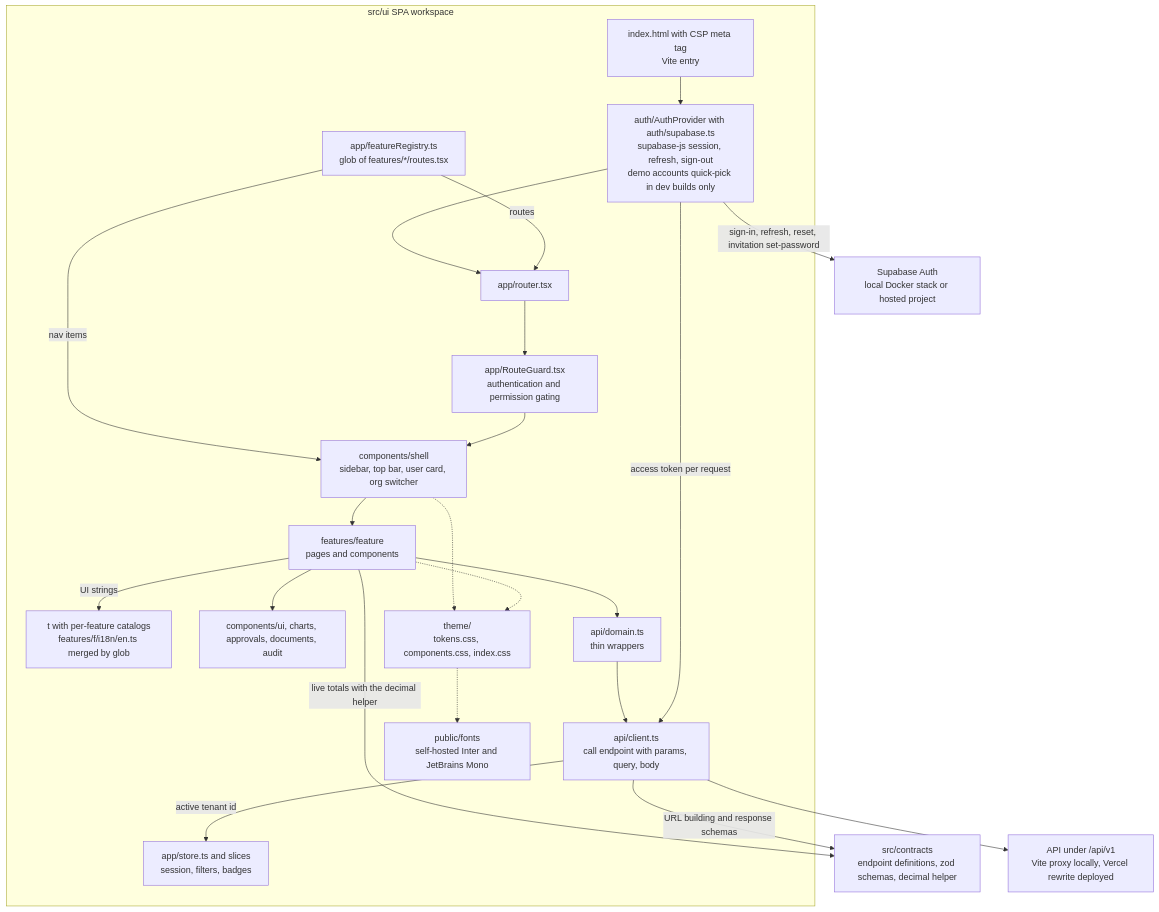
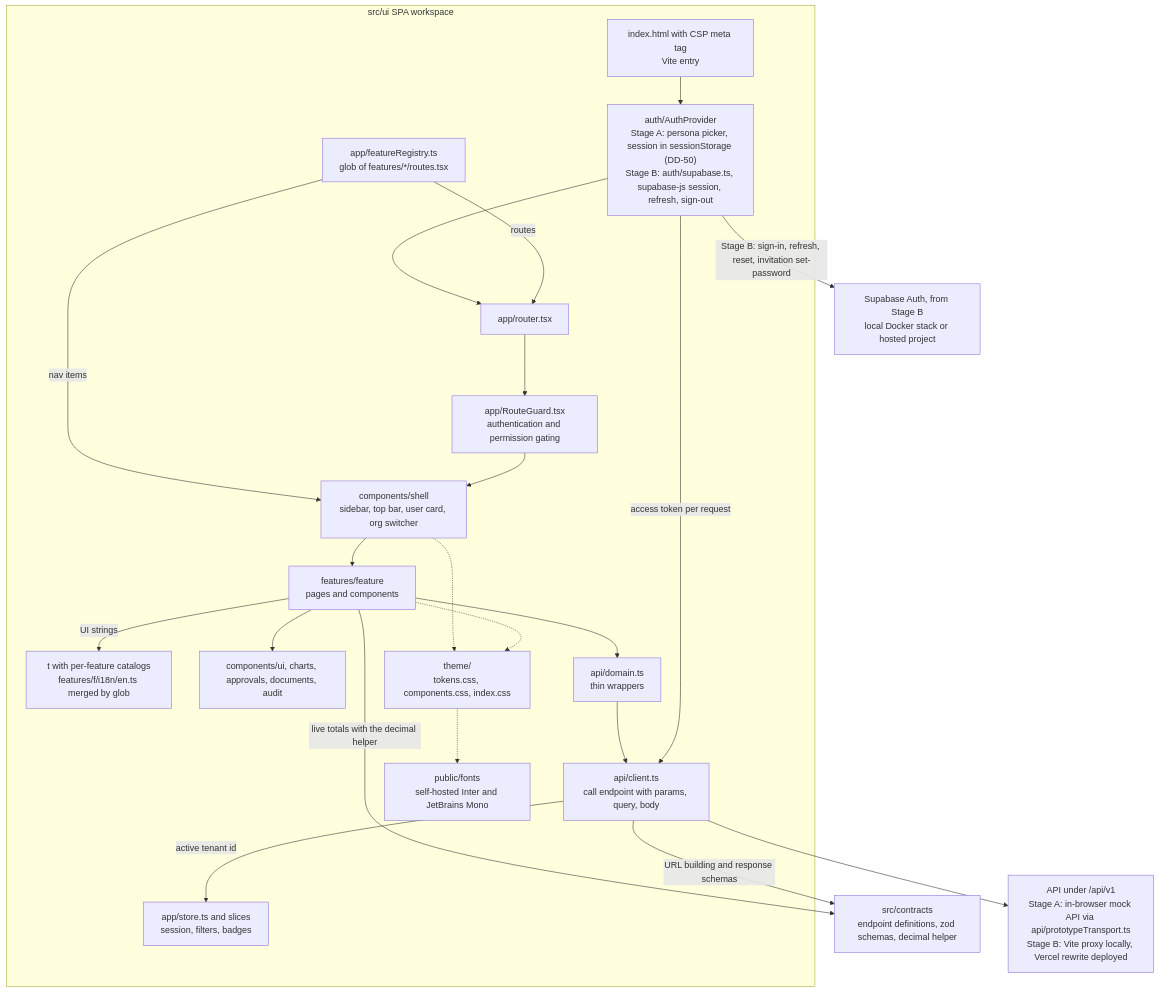
One commit to wemaketools/tenderiq changed the fifth of 8 diagrams in docs/technical/02-architecture.md. Above: the diagram before and after it, drawn with Mermaid. The commit also changed other lines of this file and 157 other files, not shown here.

````diff
--- a/docs/technical/02-architecture.md
+++ b/docs/technical/02-architecture.md
@@ -410,43 +410,43 @@
 ```mermaid
 flowchart TB
     subgraph spa["src/ui SPA workspace"]
         ENTRY["index.html with CSP meta tag<br/>Vite entry"]
-        AUTHP["auth/AuthProvider with auth/supabase.ts<br/>supabase-js session, refresh, sign-out<br/>demo accounts quick-pick in dev builds only"]
+        AUTHP["auth/AuthProvider<br/>Stage A: persona picker, session in sessionStorage (DD-50)<br/>Stage B: auth/supabase.ts, supabase-js session, refresh, sign-out"]
         ROUTER["app/router.tsx"]
         FREG["app/featureRegistry.ts<br/>glob of features/*/routes.tsx"]
         GUARD["app/RouteGuard.tsx<br/>authentication and permission gating"]
         SHELL["components/shell<br/>sidebar, top bar, user card, org switcher"]
         FEAT["features/feature<br/>pages and components"]
         I18N["t with per-feature catalogs<br/>features/f/i18n/en.ts merged by glob"]
         SHARED["components/ui, charts, approvals, documents, audit"]
         DAPI["api/domain.ts<br/>thin wrappers"]
         CLIENT["api/client.ts<br/>call endpoint with params, query, body"]
         STORE["app/store.ts and slices<br/>session, filters, badges"]
         THEME["theme/<br/>tokens.css, components.css, index.css"]
         FONTS["public/fonts<br/>self-hosted Inter and JetBrains Mono"]
     end
     CONTRACTS["src/contracts<br/>endpoint definitions, zod schemas, decimal helper"]
-    APIV1["API under /api/v1<br/>Vite proxy locally, Vercel rewrite deployed"]
-    SAUTH["Supabase Auth<br/>local Docker stack or hosted project"]
+    APIV1["API under /api/v1<br/>Stage A: in-browser mock API via api/prototypeTransport.ts<br/>Stage B: Vite proxy locally, Vercel rewrite deployed"]
+    SAUTH["Supabase Auth, from Stage B<br/>local Docker stack or hosted project"]
 
     ENTRY --> AUTHP
-    AUTHP -->|"sign-in, refresh, reset, invitation set-password"| SAUTH
+    AUTHP -->|"Stage B: sign-in, refresh, reset, invitation set-password"| SAUTH
     AUTHP --> ROUTER
     FREG -->|"routes"| ROUTER
     FREG -->|"nav items"| SHELL
     ROUTER --> GUARD
     GUARD --> SHELL
     SHELL --> FEAT
     FEAT --> SHARED
     FEAT -->|"UI strings"| I18N
     FEAT --> DAPI
     FEAT -->|"live totals with the decimal helper"| CONTRACTS
     DAPI --> CLIENT
     CLIENT -->|"active tenant id"| STORE
     AUTHP -->|"access token per request"| CLIENT
     CLIENT -->|"URL building and response schemas"| CONTRACTS
     CLIENT --> APIV1
     SHELL -.-> THEME
     FEAT -.-> THEME
     THEME -.-> FONTS
 ```
````
